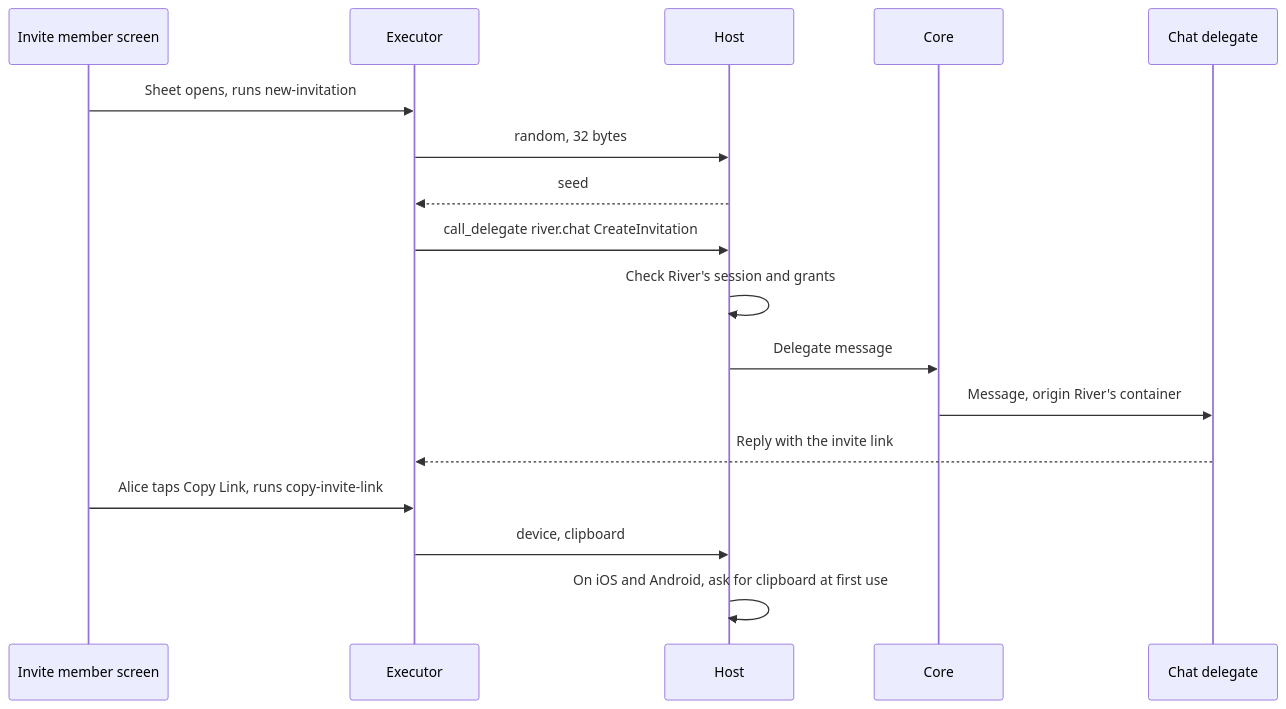
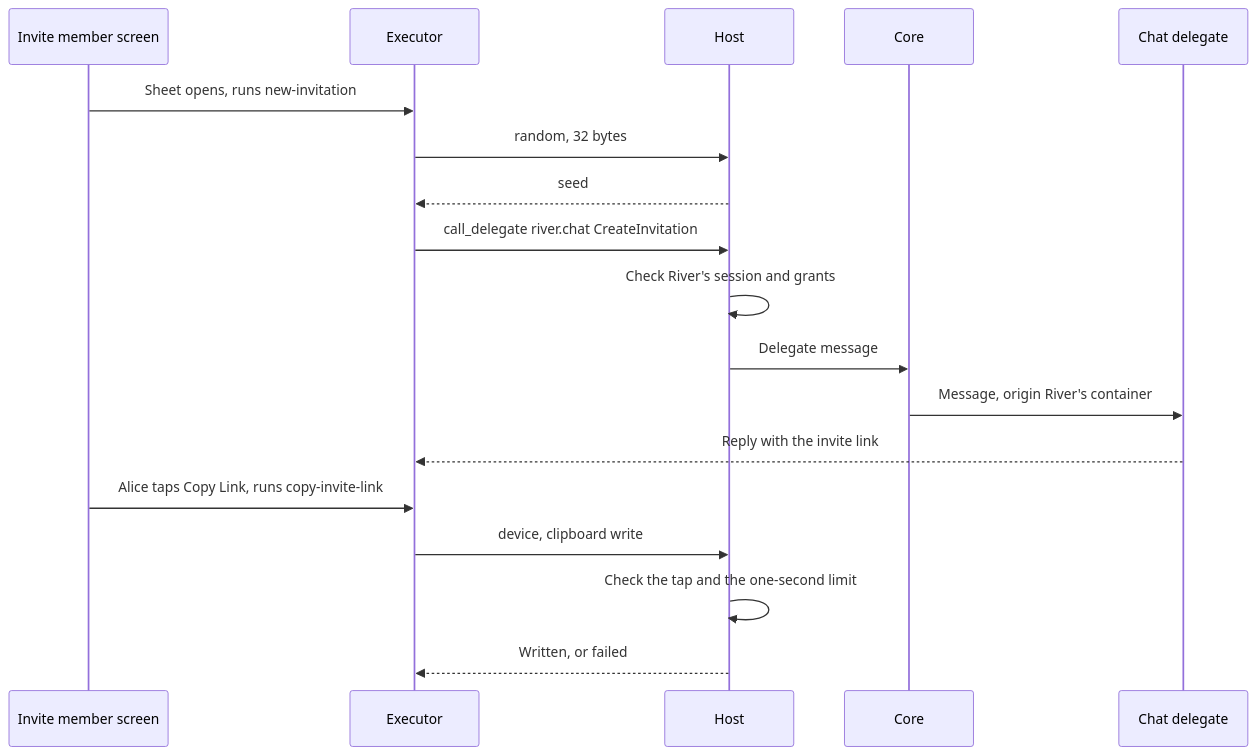
The diagram in 4-sdui/03-actions-and-data.md (EVY-Platform/evy-freenet-plans), drawn with Mermaid before and after one commit. The commit also changed other lines of this file and 11 other files, not shown here.

Commit message:
Clipboard writes need no grant; ask for notifications at an app's first run

````diff
--- a/4-sdui/03-actions-and-data.md
+++ b/4-sdui/03-actions-and-data.md
@@ -74,19 +74,20 @@
 ```mermaid
 sequenceDiagram
     participant Screen as Invite member screen
     participant Exec as Executor
     participant Host
     participant Core
     participant Delegate as Chat delegate
     Screen->>Exec: Sheet opens, runs new-invitation
     Exec->>Host: random, 32 bytes
     Host-->>Exec: seed
     Exec->>Host: call_delegate river.chat CreateInvitation
     Host->>Host: Check River's session and grants
     Host->>Core: Delegate message
     Core->>Delegate: Message, origin River's container
     Delegate-->>Exec: Reply with the invite link
     Screen->>Exec: Alice taps Copy Link, runs copy-invite-link
-    Exec->>Host: device, clipboard
-    Host->>Host: On iOS and Android, ask for clipboard at first use
+    Exec->>Host: device, clipboard write
+    Host->>Host: Check the tap and the one-second limit
+    Host-->>Exec: Written, or failed
 ```
````
